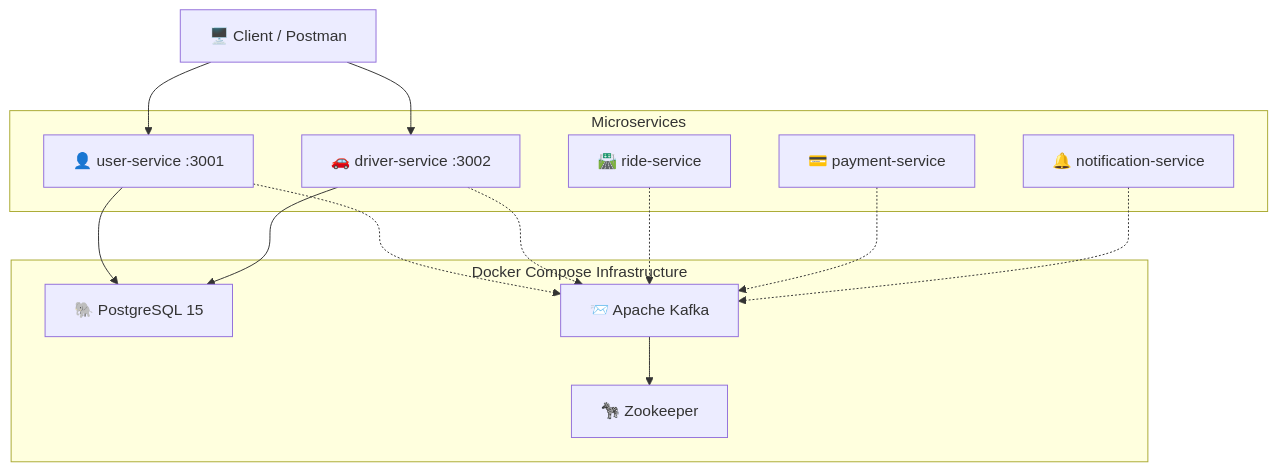
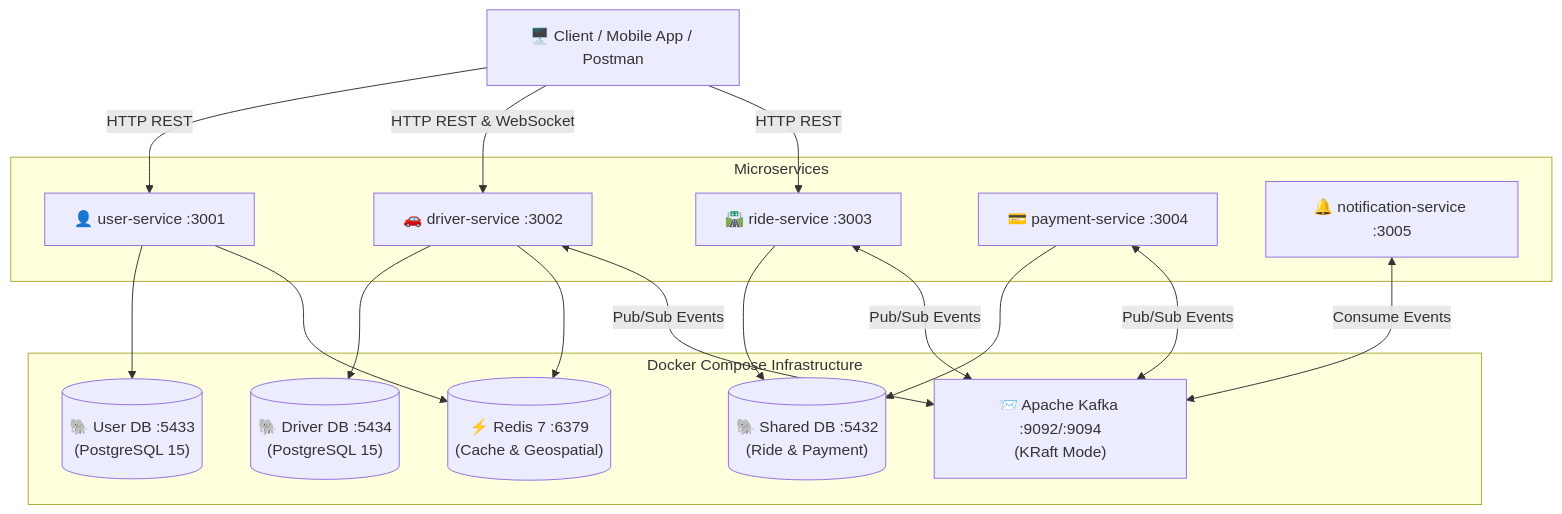
Before and after one commit to Himanshupanwarrr12/FluxRide: the diagram in README.md, drawn with Mermaid. The commit also changed other lines of this file, not shown here.

Commit message:
docs: update readme with kraft kafka, dedicated databases, and api docs

````diff
--- a/README.md
+++ b/README.md
@@ -13,29 +13,39 @@
 ```mermaid
 graph TB
-    Client["🖥️ Client / Postman"]
+    Client["🖥️ Client / Mobile App / Postman"]
 
     subgraph Docker["Docker Compose Infrastructure"]
-        PG["🐘 PostgreSQL 15"]
-        ZK["🦓 Zookeeper"]
-        KF["📨 Apache Kafka"]
+        UDB[("🐘 User DB :5433<br/>(PostgreSQL 15)")]
+        DDB[("🐘 Driver DB :5434<br/>(PostgreSQL 15)")]
+        PDB[("🐘 Shared DB :5432<br/>(Ride & Payment)")]
+        RDS[("⚡ Redis 7 :6379<br/>(Cache & Geospatial)")]
+        KF["📨 Apache Kafka :9092/:9094<br/>(KRaft Mode)"]
     end
 
     subgraph Services["Microservices"]
         US["👤 user-service :3001"]
         DS["🚗 driver-service :3002"]
-        RS["🛣️ ride-service"]
-        PS["💳 payment-service"]
-        NS["🔔 notification-service"]
+        RS["🛣️ ride-service :3003"]
+        PS["💳 payment-service :3004"]
+        NS["🔔 notification-service :3005"]
     end
 
-    Client --> US
-    Client --> DS
-    US --> PG
-    DS --> PG
-    US -.-> KF
-    DS -.-> KF
-    RS -.-> KF
-    PS -.-> KF
-    NS -.-> KF
-    KF --> ZK
+    Client -->|HTTP REST| US
+    Client -->|HTTP REST & WebSocket| DS
+    Client -->|HTTP REST| RS
+
+    US --> UDB
+    US --> RDS
+
+    DS --> DDB
+    DS --> RDS
+    DS <-->|Pub/Sub Events| KF
+
+    RS --> PDB
+    RS <-->|Pub/Sub Events| KF
+
+    PS --> PDB
+    PS <-->|Pub/Sub Events| KF
+
+    NS <-->|Consume Events| KF
 ```
````
